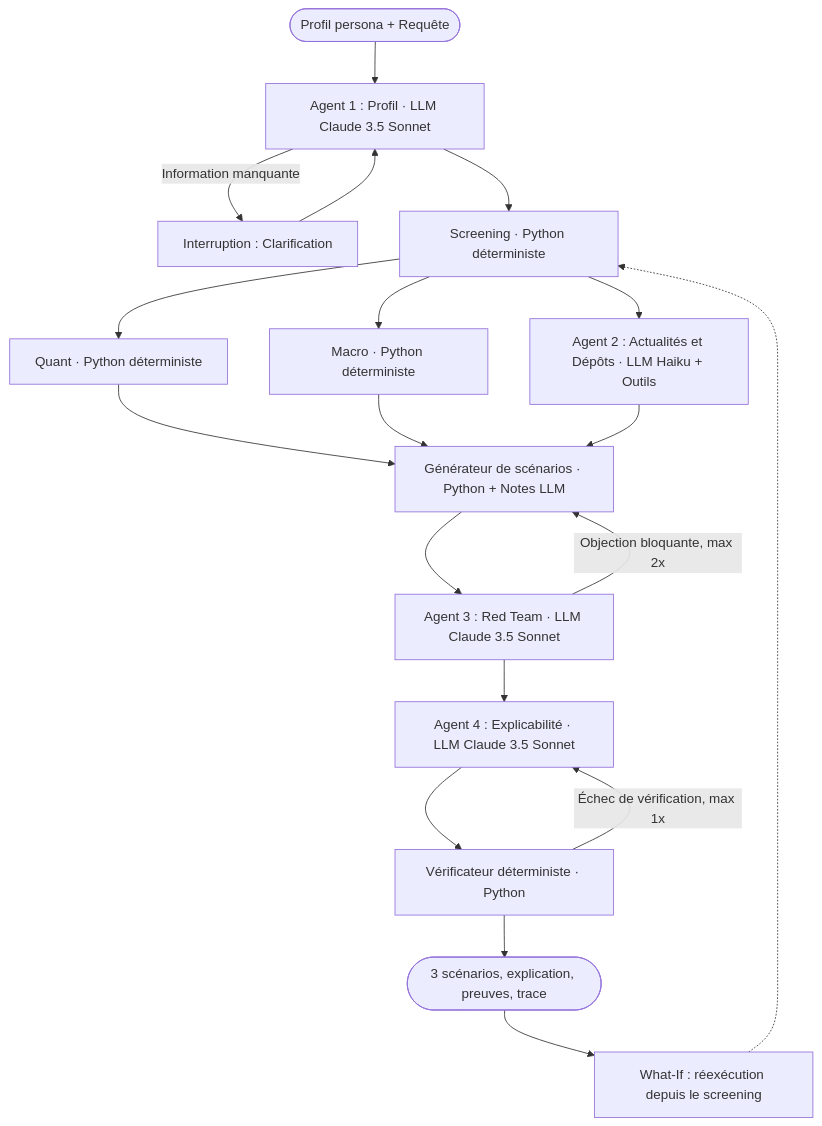
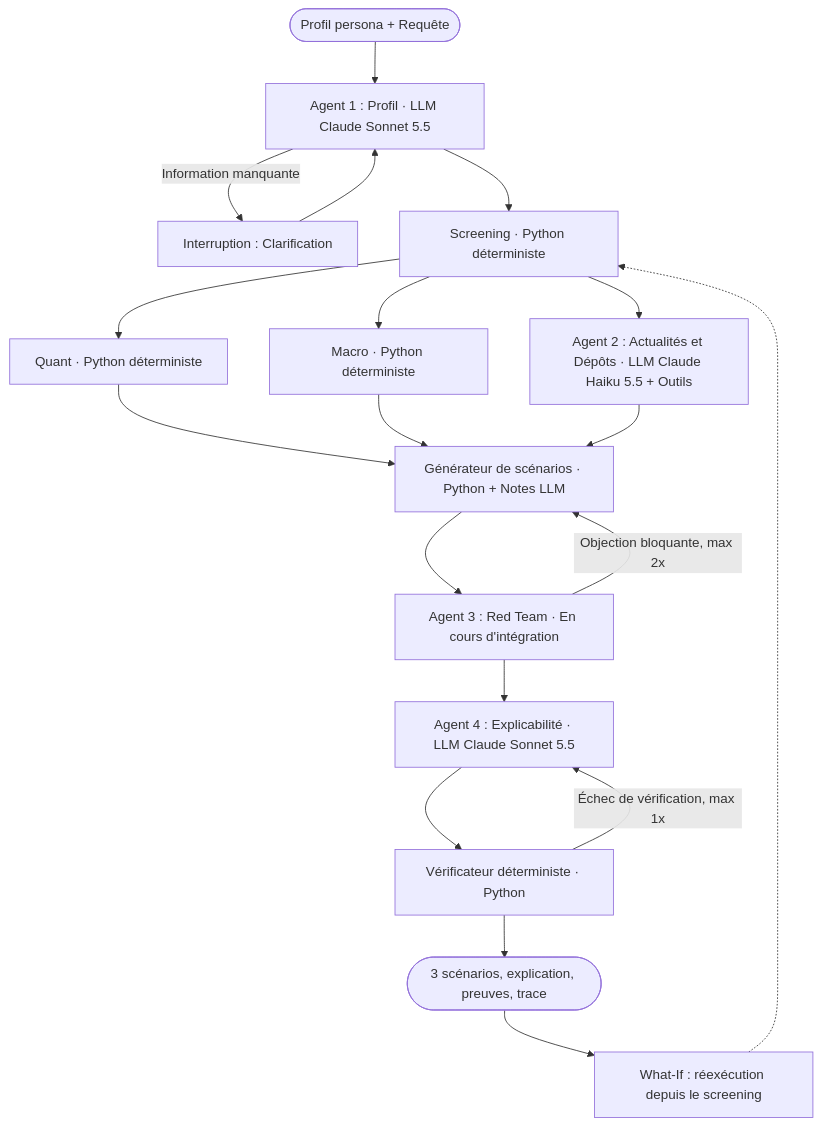
The diagram in README.md (jolojo500/AlphaForge_AI), drawn with Mermaid before and after one commit. The commit also changed other lines of this file and 1 other file, not shown here.

Commit message:
docs: apply requested review fixes (model names, relative links, EM1, Mateo vol, red team status)

````diff
--- a/README.md
+++ b/README.md
@@ -78,20 +78,20 @@
 ```mermaid
 flowchart TD
-    IN([Profil persona + Requête]) --> A1[Agent 1 : Profil · LLM Claude 3.5 Sonnet]
+    IN([Profil persona + Requête]) --> A1[Agent 1 : Profil · LLM Claude Sonnet 5.5]
     A1 -->|Information manquante| ASK[Interruption : Clarification] --> A1
     A1 --> SCR[Screening · Python déterministe]
     SCR --> QA[Quant · Python déterministe]
     SCR --> MA[Macro · Python déterministe]
-    SCR --> EV[Agent 2 : Actualités et Dépôts · LLM Haiku + Outils]
+    SCR --> EV[Agent 2 : Actualités et Dépôts · LLM Claude Haiku 5.5 + Outils]
     QA --> SB[Générateur de scénarios · Python + Notes LLM]
     MA --> SB
     EV --> SB
-    SB --> A3[Agent 3 : Red Team · LLM Claude 3.5 Sonnet]
+    SB --> A3[Agent 3 : Red Team · En cours d'intégration]
     A3 -->|Objection bloquante, max 2x| SB
-    A3 --> A4[Agent 4 : Explicabilité · LLM Claude 3.5 Sonnet]
+    A3 --> A4[Agent 4 : Explicabilité · LLM Claude Sonnet 5.5]
     A4 --> VER[Vérificateur déterministe · Python]
     VER -->|Échec de vérification, max 1x| A4
     VER --> OUT([3 scénarios, explication, preuves, trace])
     OUT --> WI[What-If : réexécution depuis le screening]
     WI -.-> SCR
 ```
````
